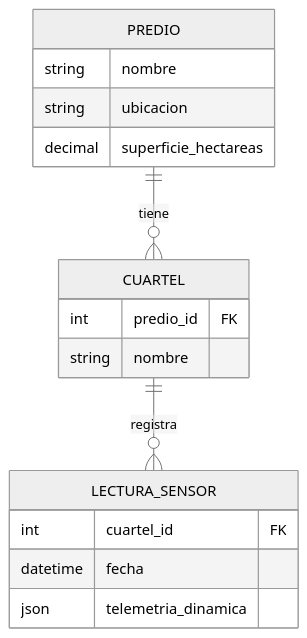
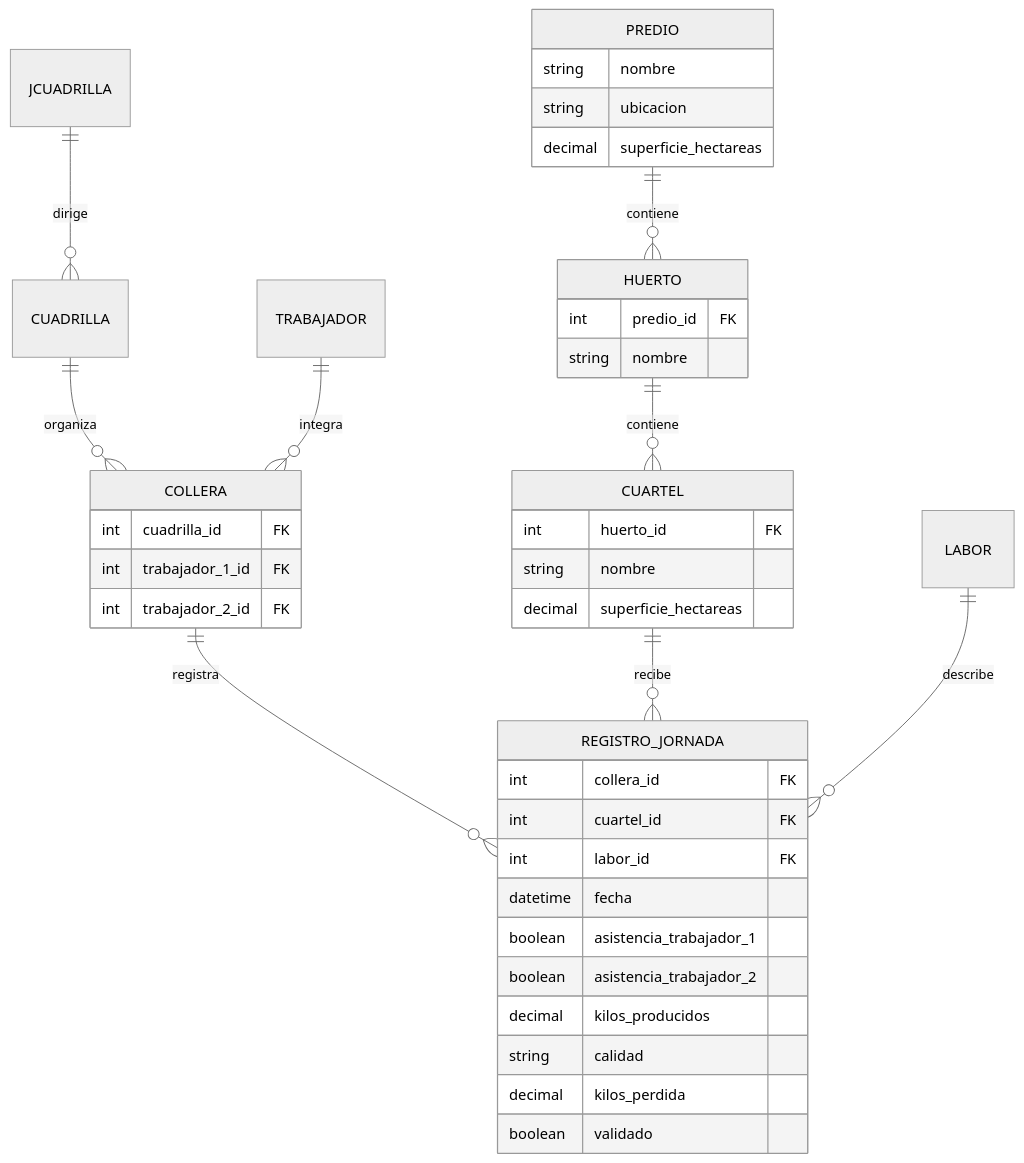
Before and after one commit to stevenalyx/agrokodit: the diagram in readme.md, drawn with Mermaid (neutral theme). The commit also changed other lines of this file and 23 other files, not shown here.

````diff
--- a/readme.md
+++ b/readme.md
@@ -40,20 +40,43 @@
 ```mermaid
 erDiagram
-    PREDIO ||--o{ CUARTEL : "tiene"
-    CUARTEL ||--o{ LECTURA_SENSOR : "registra"
+    PREDIO ||--o{ HUERTO : "contiene"
+    HUERTO ||--o{ CUARTEL : "contiene"
+    CUADRILLA ||--o{ COLLERA : "organiza"
+    TRABAJADOR ||--o{ COLLERA : "integra"
+    COLLERA ||--o{ REGISTRO_JORNADA : "registra"
+    CUARTEL ||--o{ REGISTRO_JORNADA : "recibe"
+    LABOR ||--o{ REGISTRO_JORNADA : "describe"
+    JCUADRILLA ||--o{ CUADRILLA : "dirige"
 
     PREDIO {
         string nombre
         string ubicacion
         decimal superficie_hectareas
     }
-    CUARTEL {
+    HUERTO {
         int predio_id FK
         string nombre
     }
-    LECTURA_SENSOR {
+    CUARTEL {
+        int huerto_id FK
+        string nombre
+        decimal superficie_hectareas
+    }
+    COLLERA {
+        int cuadrilla_id FK
+        int trabajador_1_id FK
+        int trabajador_2_id FK
+    }
+    REGISTRO_JORNADA {
+        int collera_id FK
         int cuartel_id FK
+        int labor_id FK
         datetime fecha
-        json telemetria_dinamica
+        boolean asistencia_trabajador_1
+        boolean asistencia_trabajador_2
+        decimal kilos_producidos
+        string calidad
+        decimal kilos_perdida
+        boolean validado
     }
 ```
````
